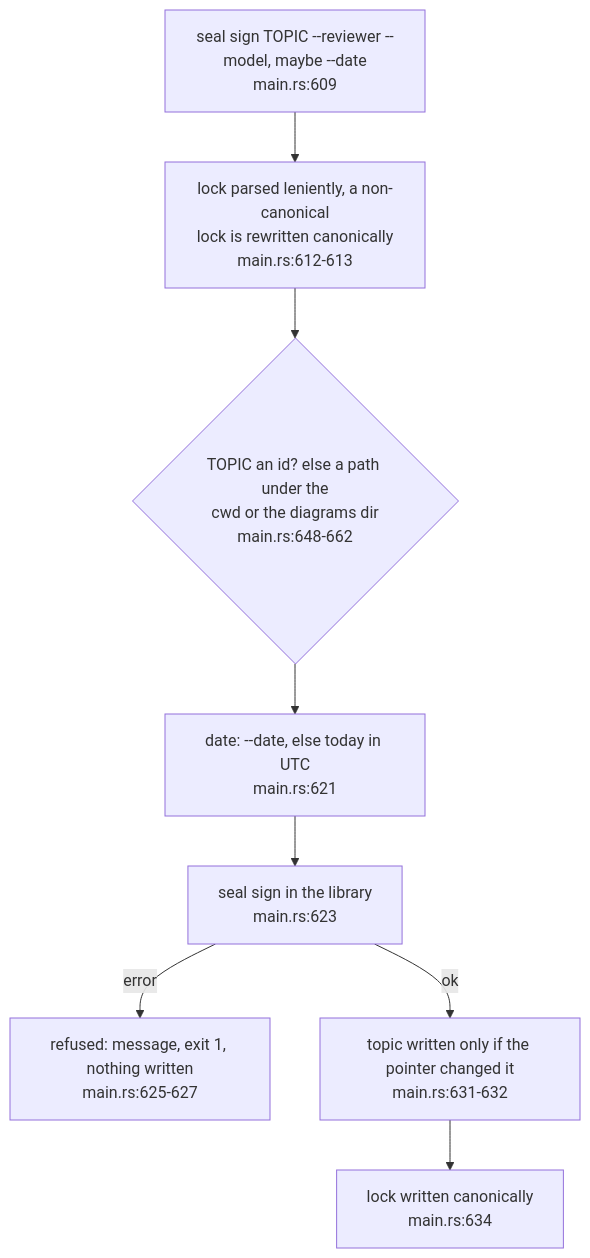
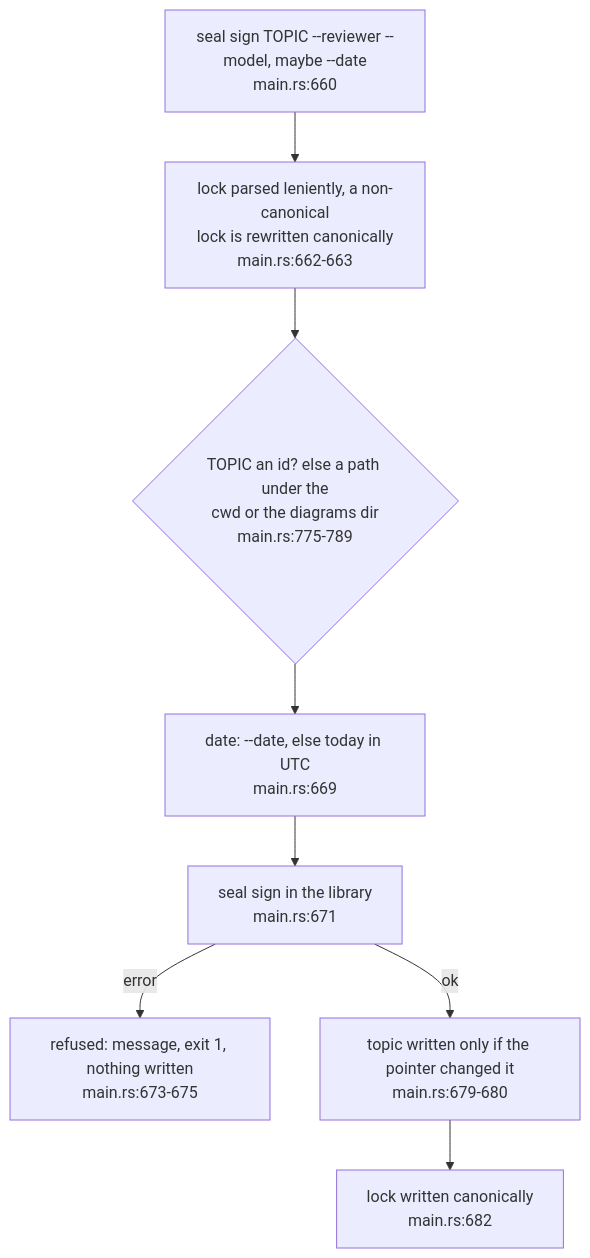
The third of 4 diagrams in docs/diagrams/corpus/05-the-seal-commands.md (DreamLab-AI/codemaid), drawn with Mermaid before and after one commit. The commit also changed other lines of this file and 23 other files, not shown here.

````diff
--- a/docs/diagrams/corpus/05-the-seal-commands.md
+++ b/docs/diagrams/corpus/05-the-seal-commands.md
@@ -118,14 +120,14 @@
 ```mermaid
 flowchart TB
-    A["seal sign TOPIC --reviewer --model, maybe --date<br/>main.rs:609"]
-    L["lock parsed leniently, a non-canonical<br/>lock is rewritten canonically<br/>main.rs:612-613"]
-    T{"TOPIC an id? else a path under the<br/>cwd or the diagrams dir<br/>main.rs:648-662"}
-    D["date: --date, else today in UTC<br/>main.rs:621"]
-    S["seal sign in the library<br/>main.rs:623"]
-    R["refused: message, exit 1, nothing written<br/>main.rs:625-627"]
-    W1["topic written only if the pointer changed it<br/>main.rs:631-632"]
-    W2["lock written canonically<br/>main.rs:634"]
+    A["seal sign TOPIC --reviewer --model, maybe --date<br/>main.rs:660"]
+    L["lock parsed leniently, a non-canonical<br/>lock is rewritten canonically<br/>main.rs:662-663"]
+    T{"TOPIC an id? else a path under the<br/>cwd or the diagrams dir<br/>main.rs:775-789"}
+    D["date: --date, else today in UTC<br/>main.rs:669"]
+    S["seal sign in the library<br/>main.rs:671"]
+    R["refused: message, exit 1, nothing written<br/>main.rs:673-675"]
+    W1["topic written only if the pointer changed it<br/>main.rs:679-680"]
+    W2["lock written canonically<br/>main.rs:682"]
     A --> L --> T --> D --> S
     S -->|error| R
     S -->|ok| W1 --> W2
 ```
````
